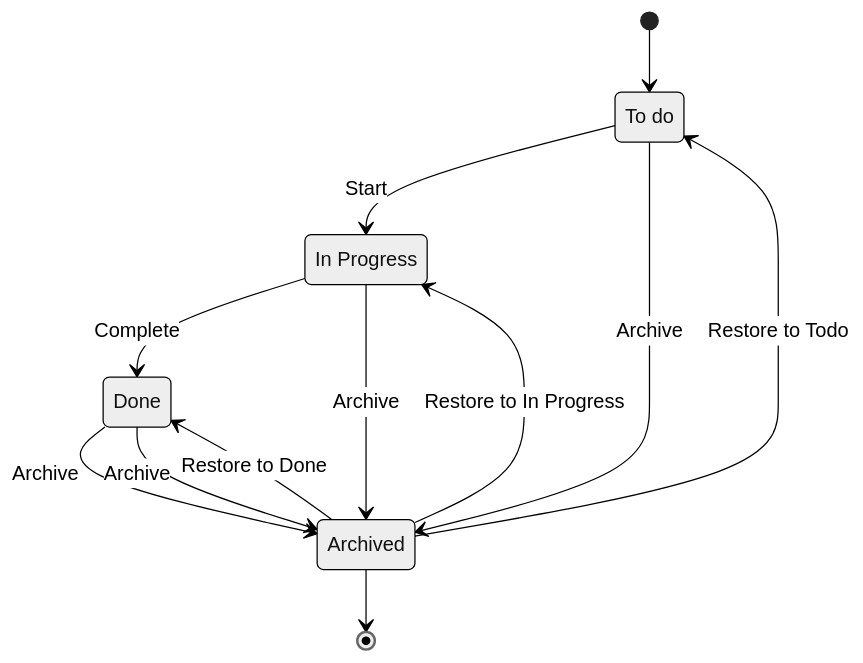
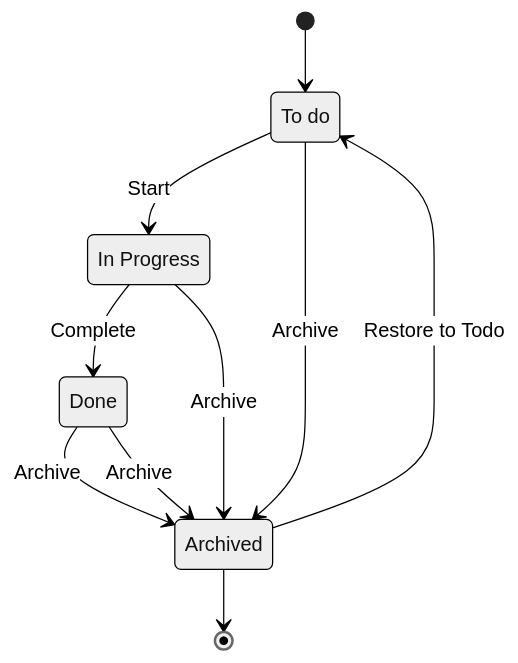
Before and after one commit to ernestohs/engineering-interivew-be: the diagram in README.md, drawn with Mermaid (neutral theme). The commit also changed other lines of this file and 18 other files, not shown here.

````diff
--- a/README.md
+++ b/README.md
@@ -4,20 +9,18 @@
 ```mermaid
 stateDiagram-v2
     state "To do" as Todo
     state "In Progress" as InProgress
     state "Done" as Done
     state "Archived" as Archived
 
     [*] --> Todo
     Todo --> InProgress: Start
     InProgress --> Done: Complete
     Done --> Archived: Archive
     Archived --> [*]
 
     Todo --> Archived: Archive
     InProgress --> Archived: Archive
     Done --> Archived: Archive
     Archived --> Todo: Restore to Todo
-    Archived --> InProgress: Restore to In Progress
-    Archived --> Done: Restore to Done
 ```
````
